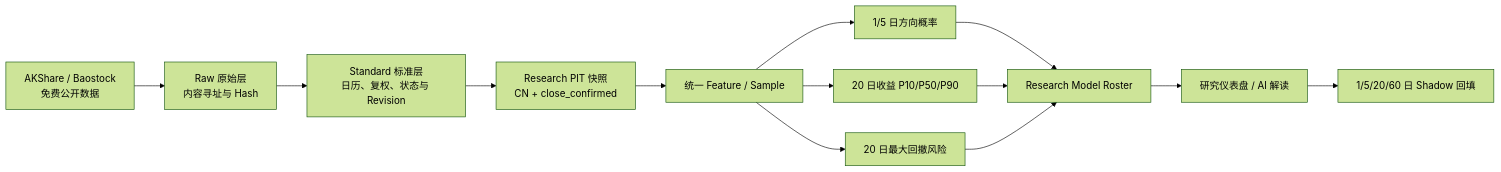
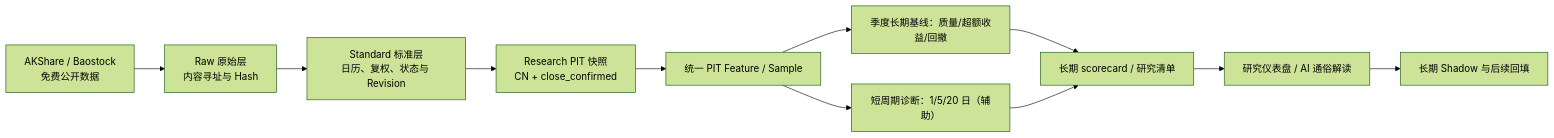
One commit to ZZX0109/investment-research-system changed the diagram in README.md. Above: the diagram before and after it, drawn with Mermaid (forest theme). The commit also changed other lines of this file and 371 other files, not shown here.

````diff
--- a/README.md
+++ b/README.md
@@ -71,15 +77,13 @@
 ```mermaid
 flowchart LR
     A["AKShare / Baostock<br/>免费公开数据"] --> B["Raw 原始层<br/>内容寻址与 Hash"]
     B --> C["Standard 标准层<br/>日历、复权、状态与 Revision"]
     C --> D["Research PIT 快照<br/>CN + close_confirmed"]
-    D --> E["统一 Feature / Sample"]
-    E --> F1["1/5 日方向概率"]
-    E --> F2["20 日收益 P10/P50/P90"]
-    E --> F3["20 日最大回撤风险"]
-    F1 --> G["Research Model Roster"]
-    F2 --> G
-    F3 --> G
-    G --> H["研究仪表盘 / AI 解读"]
-    H --> I["1/5/20/60 日 Shadow 回填"]
+    D --> E["统一 PIT Feature / Sample"]
+    E --> F["季度长期基线：质量/超额收益/回撤"]
+    E --> G["短周期诊断：1/5/20 日（辅助）"]
+    F --> H["长期 scorecard / 研究清单"]
+    G --> H
+    H --> I["研究仪表盘 / AI 通俗解读"]
+    I --> J["长期 Shadow 与后续回填"]
 ```
````
